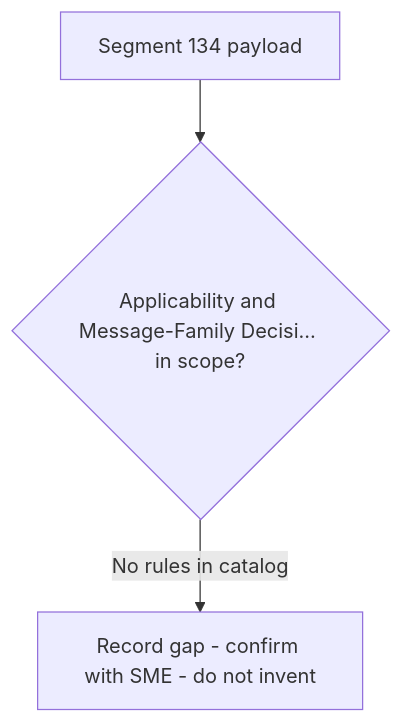
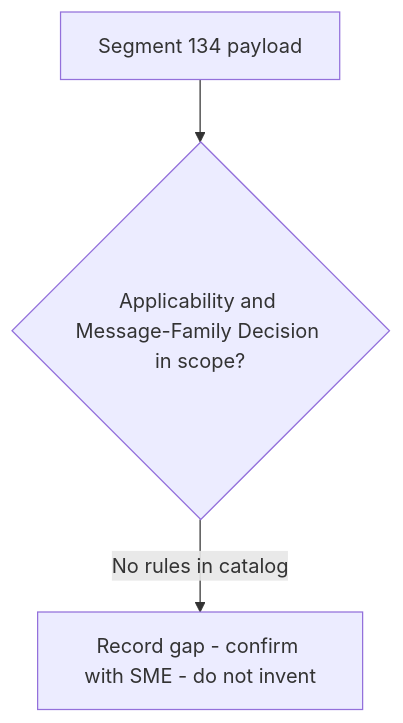
One commit to DhanSingh-hub/core-auth-ai-validation-framework changed the diagram in regression-artifact-validator/specifications/ATL105/docs/specs/kb/segment-134/applicability-decision-flow.md. Above: the diagram before and after it, drawn with Mermaid. The commit also changed 150 other files, not shown here.

````diff
--- a/regression-artifact-validator/specifications/ATL105/docs/specs/kb/segment-134/applicability-decision-flow.md
+++ b/regression-artifact-validator/specifications/ATL105/docs/specs/kb/segment-134/applicability-decision-flow.md
@@ -3,5 +3,5 @@
 ```mermaid
 flowchart TD
-    A[Segment 134 payload] --> B{Applicability and Message-Family Decisi… in scope?}
+    A[Segment 134 payload] --> B{Applicability and Message-Family Decision in scope?}
     B -->|No rules in catalog| G[Record gap - confirm with SME - do not invent]
 ```
````
